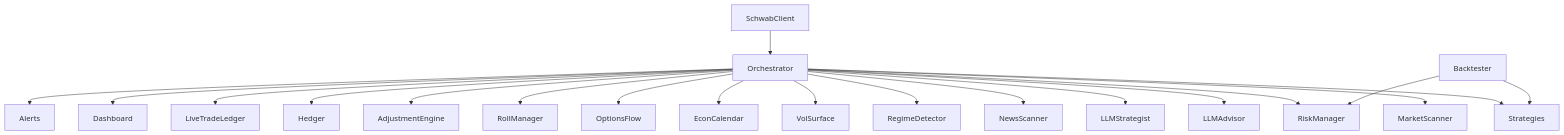
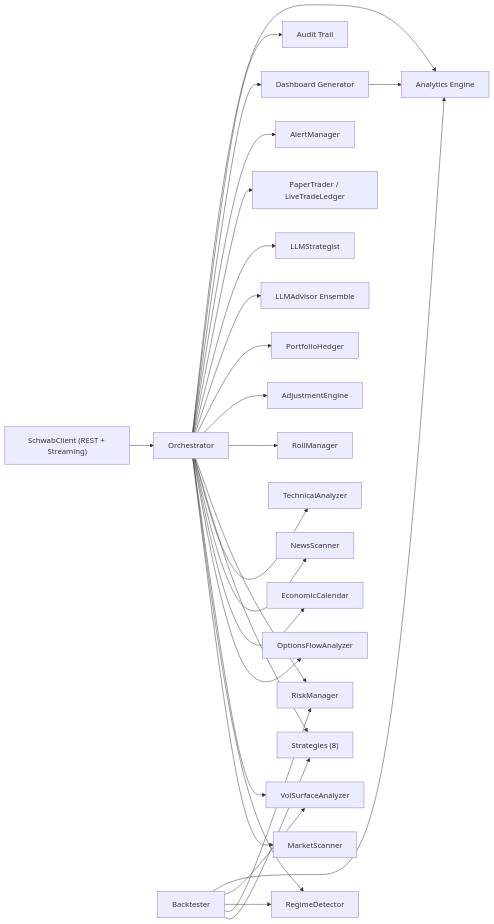
The diagram in README.md (BryanCabrera0/TradingBot), drawn with Mermaid before and after one commit. The commit also changed other lines of this file and 29 other files, not shown here.

````diff
--- a/README.md
+++ b/README.md
@@ -51,22 +61,29 @@
 ```mermaid
-flowchart TD
-    A[SchwabClient] --> B[Orchestrator]
-    B --> C[MarketScanner]
-    B --> D[Strategies]
-    B --> E[RiskManager]
-    B --> F[LLMAdvisor]
-    B --> G[LLMStrategist]
-    B --> H[NewsScanner]
-    B --> I[RegimeDetector]
-    B --> J[VolSurface]
-    B --> K[EconCalendar]
-    B --> L[OptionsFlow]
-    B --> M[RollManager]
-    B --> N[AdjustmentEngine]
-    B --> O[Hedger]
-    B --> P[LiveTradeLedger]
-    B --> Q[Dashboard]
-    B --> R[Alerts]
-    S[Backtester] --> D
-    S --> E
+flowchart LR
+    A["SchwabClient (REST + Streaming)"] --> B["Orchestrator"]
+    B --> C["MarketScanner"]
+    B --> D["RegimeDetector"]
+    B --> E["VolSurfaceAnalyzer"]
+    B --> F["OptionsFlowAnalyzer"]
+    B --> G["EconomicCalendar"]
+    B --> H["NewsScanner"]
+    B --> I["TechnicalAnalyzer"]
+    B --> J["Strategies (8)"]
+    B --> K["RiskManager"]
+    B --> L["RollManager"]
+    B --> M["AdjustmentEngine"]
+    B --> N["PortfolioHedger"]
+    B --> O["LLMAdvisor Ensemble"]
+    B --> P["LLMStrategist"]
+    B --> Q["PaperTrader / LiveTradeLedger"]
+    B --> R["AlertManager"]
+    B --> S["Dashboard Generator"]
+    B --> T["Audit Trail"]
+    U["Backtester"] --> J
+    U --> K
+    U --> D
+    U --> E
+    U --> V["Analytics Engine"]
+    B --> V
+    S --> V
 ```
````
